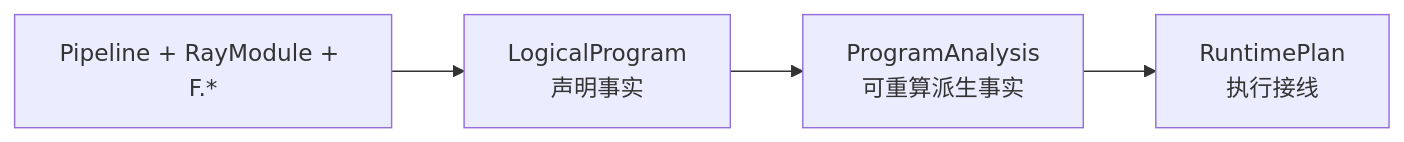
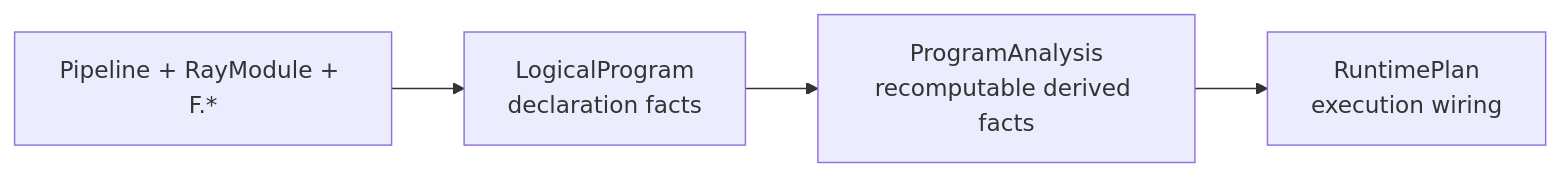
One commit to OpenDCAI/RayOrch changed the first of 4 diagrams in docs/multigrain_v3_6_maintainer_guide.md. Above: the diagram before and after it, drawn with Mermaid. The commit also changed other lines of this file and 31 other files, not shown here.

Commit message:
docs(v3.6): publish bilingual architecture guides

````diff
--- a/docs/multigrain_v3_6_maintainer_guide.md
+++ b/docs/multigrain_v3_6_maintainer_guide.md
@@ -52,9 +167,9 @@
 ```mermaid
 flowchart LR
     Author["Pipeline + RayModule + F.*"]
-    Logical["LogicalProgram<br/>声明事实"]
-    Analysis["ProgramAnalysis<br/>可重算派生事实"]
-    Plan["RuntimePlan<br/>执行接线"]
+    Logical["LogicalProgram<br/>declaration facts"]
+    Analysis["ProgramAnalysis<br/>recomputable derived facts"]
+    Plan["RuntimePlan<br/>execution wiring"]
 
     Author --> Logical --> Analysis --> Plan
 ```
````
